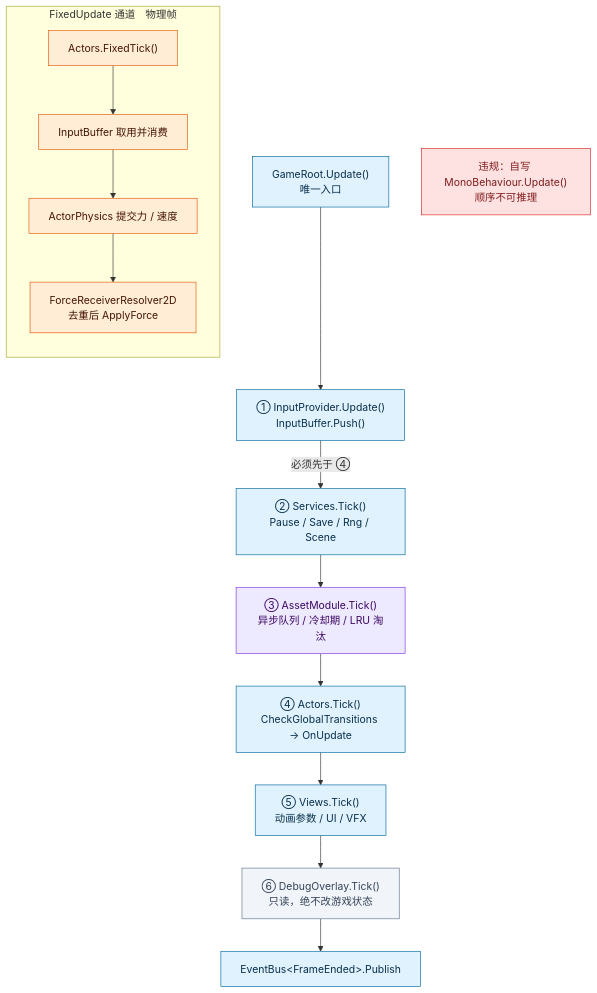
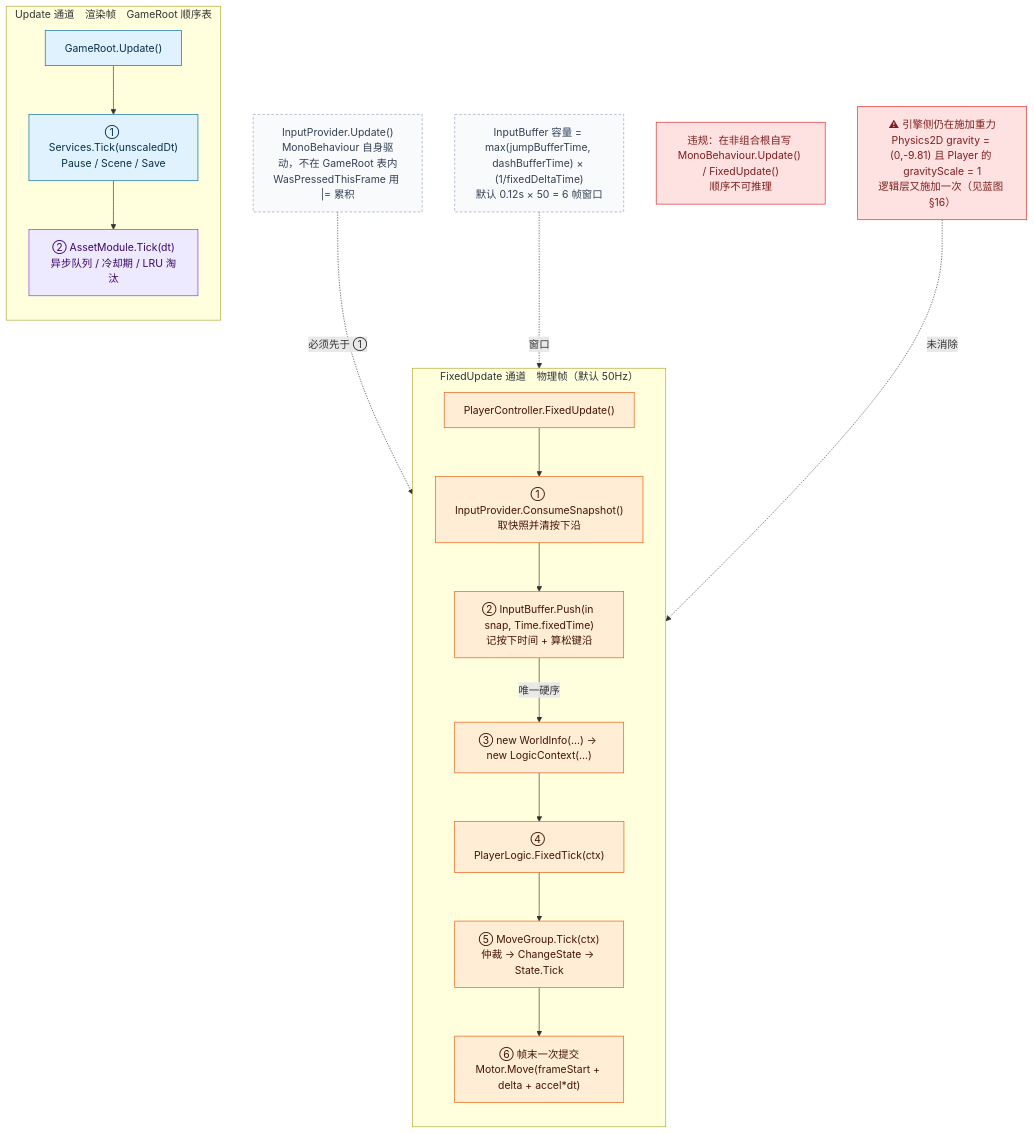
The second of 8 diagrams in Docs/框架设计/框架蓝图.md (5FYZhou/deepseaoil), drawn with Mermaid before and after one commit. The commit also changed other lines of this file and 7 other files, not shown here.

First line of the commit message:
docs(framework): 蓝图并入上游逻辑层事实；新增 §15 现状 / §16 缺陷登记；图源与图块同步

````diff
--- a/Docs/框架设计/框架蓝图.md
+++ b/Docs/框架设计/框架蓝图.md
@@ -172,44 +212,49 @@
 ```mermaid
 flowchart TD
-  Root["GameRoot.Update()<br/>唯一入口"]
-  S1["① InputProvider.Update()<br/>InputBuffer.Push()"]
-  S2["② Services.Tick()<br/>Pause / Save / Rng / Scene"]
-  S3["③ AssetModule.Tick()<br/>异步队列 / 冷却期 / LRU 淘汰"]
-  S4["④ Actors.Tick()<br/>CheckGlobalTransitions → OnUpdate"]
-  S5["⑤ Views.Tick()<br/>动画参数 / UI / VFX"]
-  S6["⑥ DebugOverlay.Tick()<br/>只读，绝不改游戏状态"]
-  End["EventBus&lt;FrameEnded&gt;.Publish"]
-
-  subgraph Fixed["FixedUpdate 通道　物理帧"]
+  subgraph Upd["Update 通道　渲染帧　GameRoot 顺序表"]
     direction TB
-    FX["Actors.FixedTick()"]
-    FXA["InputBuffer 取用并消费"]
-    FXB["ActorPhysics 提交力 / 速度"]
-    FXC["ForceReceiverResolver2D<br/>去重后 ApplyForce"]
-    FX --> FXA
-    FXA --> FXB
-    FXB --> FXC
+    Root["GameRoot.Update()"]
+    U1["① Services.Tick(unscaledDt)<br/>Pause / Scene / Save"]
+    U2["② AssetModule.Tick(dt)<br/>异步队列 / 冷却期 / LRU 淘汰"]
+    Root --> U1
+    U1 --> U2
   end
 
-  Bad["违规：自写 MonoBehaviour.Update()<br/>顺序不可推理"]
+  subgraph Fixed["FixedUpdate 通道　物理帧（默认 50Hz）"]
+    direction TB
+    PC["PlayerController.FixedUpdate()"]
+    F1["① InputProvider.ConsumeSnapshot()<br/>取快照并清按下沿"]
+    F2["② InputBuffer.Push(in snap, Time.fixedTime)<br/>记按下时间 + 算松键沿"]
+    F3["③ new WorldInfo(...) → new LogicContext(...)"]
+    F4["④ PlayerLogic.FixedTick(ctx)"]
+    F5["⑤ MoveGroup.Tick(ctx)<br/>仲裁 → ChangeState → State.Tick"]
+    F6["⑥ 帧末一次提交<br/>Motor.Move(frameStart + delta + accel*dt)"]
+    PC --> F1
+    F1 --> F2
+    F2 -->|"唯一硬序"| F3
+    F3 --> F4
+    F4 --> F5
+    F5 --> F6
+  end
 
-  Root --> S1
-  S1 -->|"必须先于 ④"| S2
-  S2 --> S3
-  S3 --> S4
-  S4 --> S5
-  S5 --> S6
-  S6 --> End
+  Sampler["InputProvider.Update()<br/>MonoBehaviour 自身驱动，不在 GameRoot 表内<br/>WasPressedThisFrame 用 |= 累积"]
+  Cap["InputBuffer 容量 = max(jumpBufferTime, dashBufferTime) × (1/fixedDeltaTime)<br/>默认 0.12s × 50 = 6 帧窗口"]
+  Bad["违规：在非组合根自写 MonoBehaviour.Update() / FixedUpdate()<br/>顺序不可推理"]
+  Gravity["⚠ 引擎侧仍在施加重力<br/>Physics2D gravity = (0,-9.81) 且 Player 的 gravityScale = 1<br/>逻辑层又施加一次（见蓝图 §16）"]
+
+  Sampler -.->|"必须先于 ①"| F1
+  Cap -.->|"窗口"| F2
+  Gravity -.->|"未消除"| F6
 
   classDef runtime fill:#e0f2fe,stroke:#0369a1,color:#082f49
   classDef data fill:#ede9fe,stroke:#7c3aed,color:#3b0764
-  classDef noop fill:#f1f5f9,stroke:#64748b,color:#334155
   classDef fixed fill:#ffedd5,stroke:#ea580c,color:#431407
   classDef warn fill:#fee2e2,stroke:#dc2626,color:#7f1d1d
+  classDef note fill:#f8fafc,stroke:#94a3b8,color:#334155,stroke-dasharray:4 3
 
-  class Root,S1,S2,S4,S5,End runtime
-  class S3 data
-  class S6 noop
-  class FX,FXA,FXB,FXC fixed
-  class Bad warn
+  class Root,U1 runtime
+  class U2 data
+  class PC,F1,F2,F3,F4,F5,F6 fixed
+  class Bad,Gravity warn
+  class Sampler,Cap note
 ```
````
